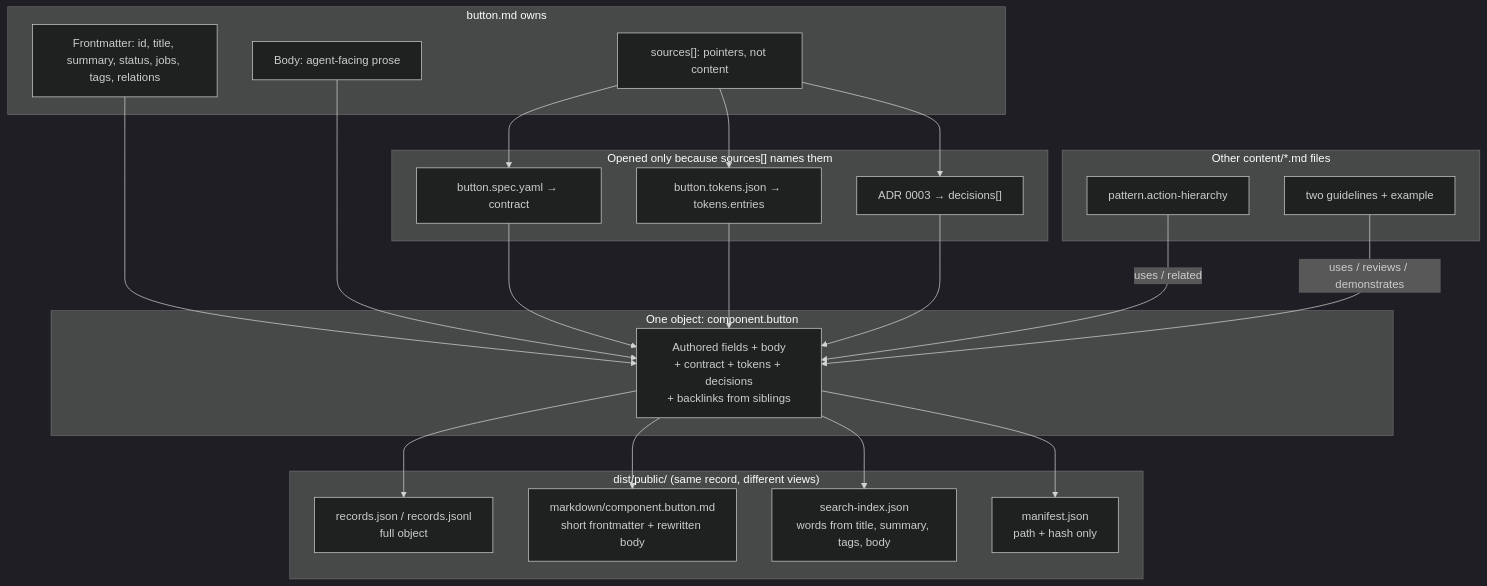
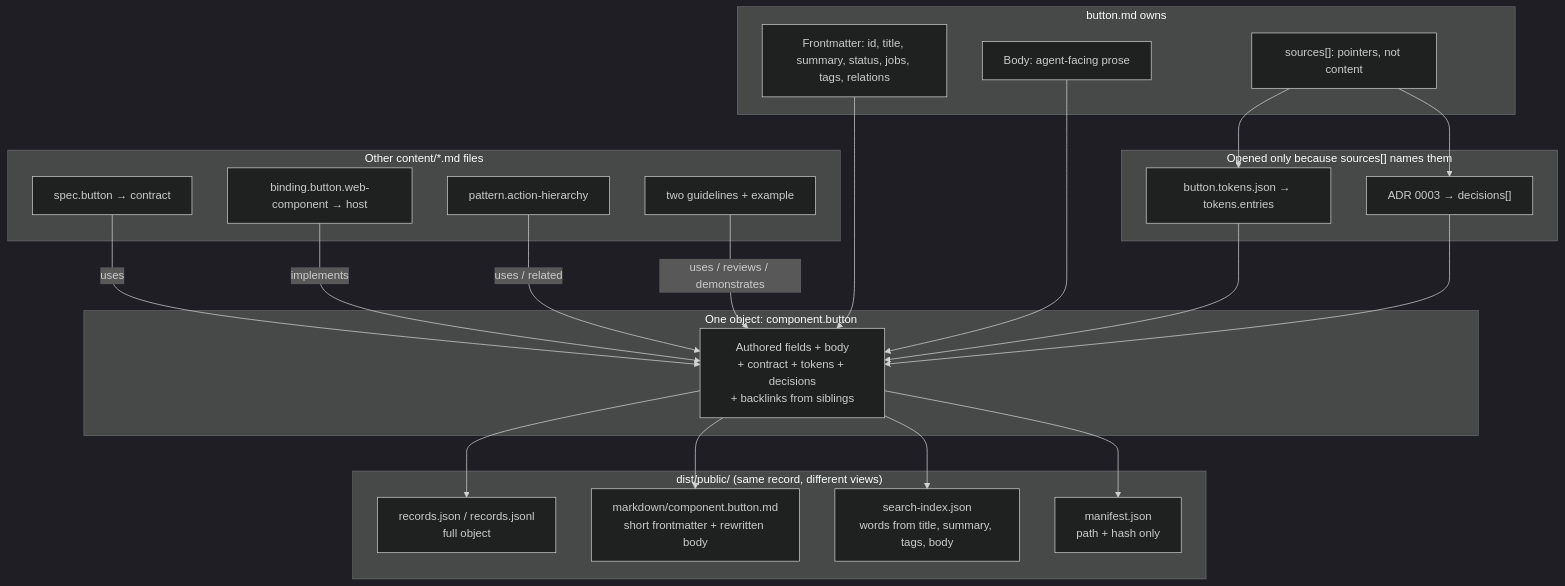
The diagram in docs/knowledge/README.md (stevegreco/taproot), drawn with Mermaid (dark theme) before and after one commit. The commit also changed other lines of this file and 37 other files, not shown here.

````diff
--- a/docs/knowledge/README.md
+++ b/docs/knowledge/README.md
@@ -42,45 +43,46 @@
 ```mermaid
 flowchart TB
   subgraph authored["button.md owns"]
     FM["Frontmatter: id, title, summary, status, jobs, tags, relations"]
     BODY["Body: agent-facing prose"]
     SRC["sources[]: pointers, not content"]
   end
 
   subgraph domain["Opened only because sources[] names them"]
-    SPEC["button.spec.yaml → contract"]
     TOK["button.tokens.json → tokens.entries"]
     ADR["ADR 0003 → decisions[]"]
   end
 
   subgraph siblings["Other content/*.md files"]
+    SPEC["spec.button → contract"]
+    BIND["binding.button.web-component → host"]
     PAT["pattern.action-hierarchy"]
     GL["two guidelines + example"]
   end
 
   subgraph record["One object: component.button"]
     R["Authored fields + body<br/>+ contract + tokens + decisions<br/>+ backlinks from siblings"]
   end
 
   subgraph dist["dist/public/  (same record, different views)"]
     JSON["records.json / records.jsonl<br/>full object"]
     MD["markdown/component.button.md<br/>short frontmatter + rewritten body"]
     IDX["search-index.json<br/>words from title, summary, tags, body"]
     MAN["manifest.json<br/>path + hash only"]
   end
 
   FM --> R
   BODY --> R
-  SRC --> SPEC
   SRC --> TOK
   SRC --> ADR
-  SPEC --> R
+  SPEC -->|"uses"| R
+  BIND -->|"implements"| R
   TOK --> R
   ADR --> R
   PAT -->|"uses / related"| R
   GL -->|"uses / reviews / demonstrates"| R
   R --> JSON
   R --> MD
   R --> IDX
   R --> MAN
 ```
````
